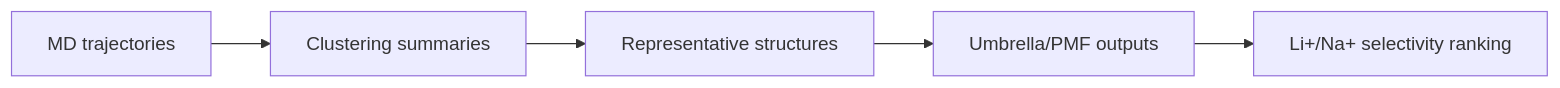
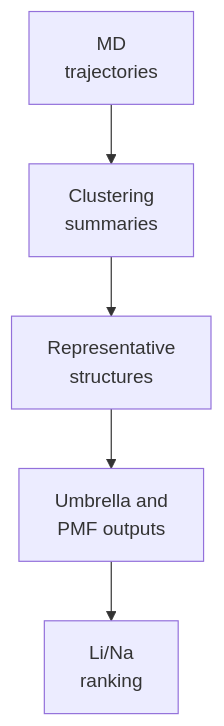
Before and after one commit to jackyissocute/LiSPER: the diagram in 01_computational_discovery/analysis/README.md, drawn with Mermaid. The commit also changed other lines of this file and 64 other files, not shown here.

````diff
--- a/01_computational_discovery/analysis/README.md
+++ b/01_computational_discovery/analysis/README.md
@@ -7,7 +7,16 @@
 ```mermaid
-flowchart LR
-    A["MD trajectories"] --> B["Clustering summaries"]
-    B --> C["Representative structures"]
-    C --> D["Umbrella/PMF outputs"]
-    D --> E["Li+/Na+ selectivity ranking"]
+flowchart TD
+    accTitle: Analysis Evidence Flow
+    accDescr: Analysis starts from MD trajectories, summarizes structural clusters, selects representative structures, and supports Li over Na ranking.
+
+    trajectories["MD<br/>trajectories"]
+    clusters["Clustering<br/>summaries"]
+    representatives["Representative<br/>structures"]
+    pmf_outputs["Umbrella and<br/>PMF outputs"]
+    ranking["Li/Na<br/>ranking"]
+
+    trajectories --> clusters
+    clusters --> representatives
+    representatives --> pmf_outputs
+    pmf_outputs --> ranking
 ```
````
